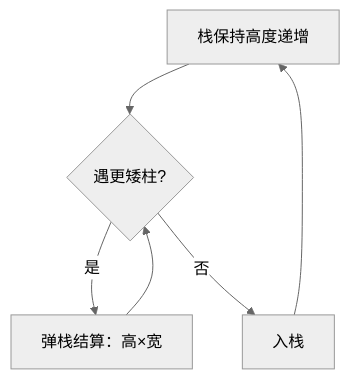
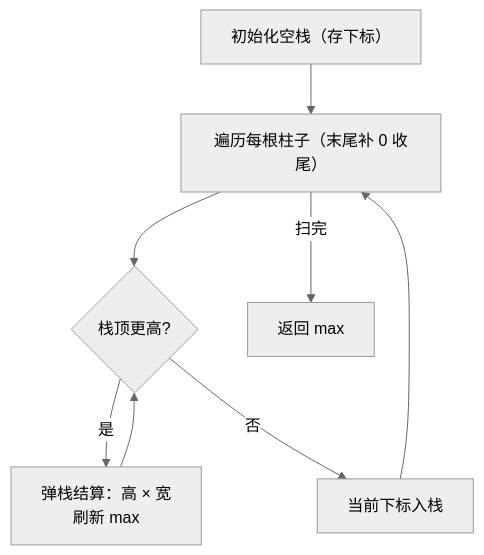
One commit to OctalZero/hot100-py changed the first of 2 diagrams in 13-栈/0084-柱状图中最大的矩形.md. Above: the diagram before and after it, drawn with Mermaid (neutral theme). The commit also changed other lines of this file and 117 other files, not shown here.

First line of the commit message:
feat: 全题解配图升级为「动画式 mermaid」（总览骨架 + 横向时间线逐步推演）

````diff
--- a/13-栈/0084-柱状图中最大的矩形.md
+++ b/13-栈/0084-柱状图中最大的矩形.md
@@ -5,8 +5,10 @@
 ```mermaid
 flowchart TD
-    A["栈保持高度递增"] --> B{"遇更矮柱?"}
-    B -- "是" --> C["弹栈结算：高×宽"]
-    C --> B
-    B -- "否" --> D["入栈"]
-    D --> A
+    A["初始化空栈（存下标）"] --> B["遍历每根柱子（末尾补 0 收尾）"]
+    B --> C{"栈顶更高?"}
+    C -->|"是"| D["弹栈结算：高 × 宽<br/>刷新 max"]
+    D --> C
+    C -->|"否"| E["当前下标入栈"]
+    E --> B
+    B -->|"扫完"| F["返回 max"]
 ```
````
